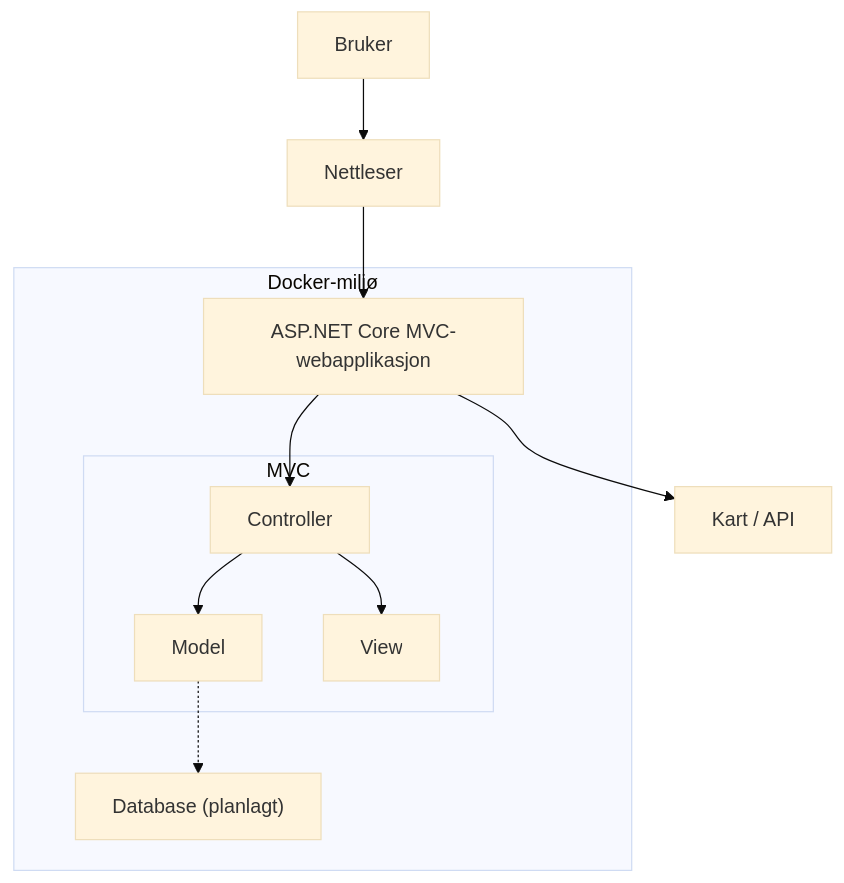
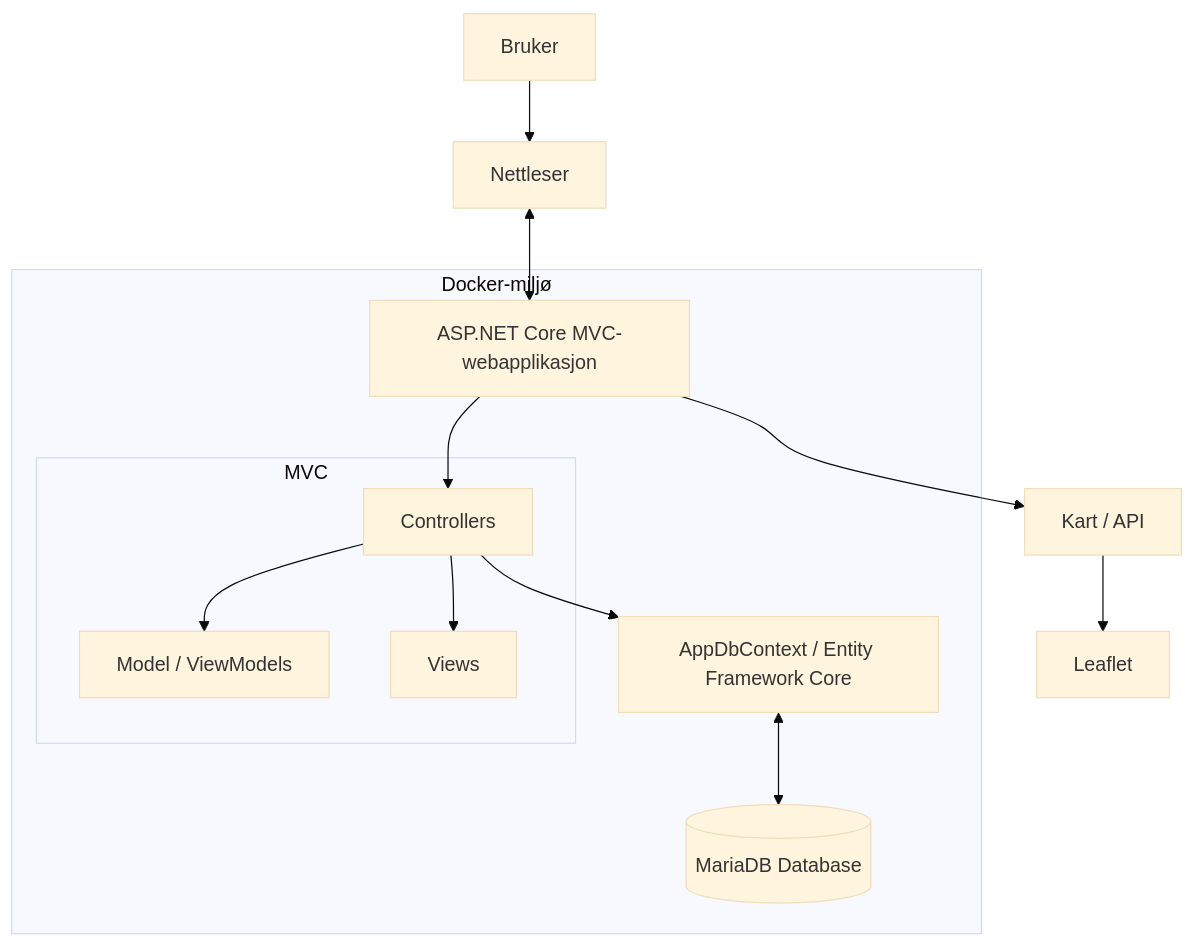
One commit to IS99NotFound/H-st-2026-Gruppe-1 changed the diagram in README.md. Above: the diagram before and after it, drawn with Mermaid (base theme). The commit also changed other lines of this file, not shown here.

````diff
--- a/README.md
+++ b/README.md
@@ -86,25 +98,29 @@
 ```mermaid
 flowchart TD
     Bruker["Bruker"] --> Nettleser["Nettleser"]
 
     subgraph Docker["Docker-miljø"]
         App["ASP.NET Core MVC-webapplikasjon"]
 
         subgraph MVC["MVC"]
-            Controller["Controller"]
-            Model["Model"]
-            View["View"]
+            Controller["Controllers"]
+            Model["Model / ViewModels"]
+            View["Views"]
         end
 
-        Database["Database (planlagt)"]
+        DbContext["AppDbContext / Entity Framework Core"]
+        Database[("MariaDB Database")]
 
         App --> Controller
         Controller --> Model
         Controller --> View
-        Model -.-> Database
+        Controller --> DbContext
+        DbContext <--> Database
     end
 
-    Nettleser --> App
+    Nettleser <--> App
+
+    KartAPI  --> Leaflet["Leaflet"]
 
     App --> KartAPI["Kart / API"]
 ```
````
